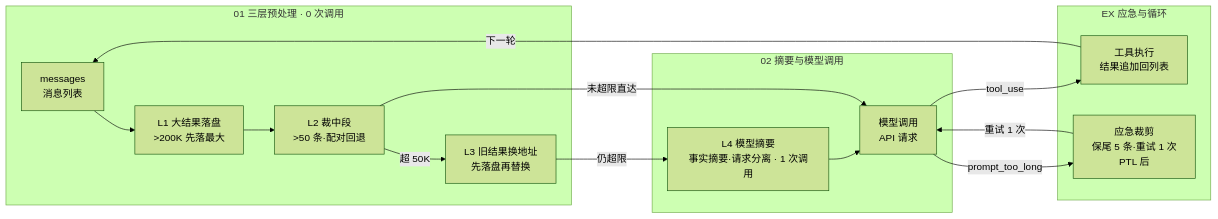
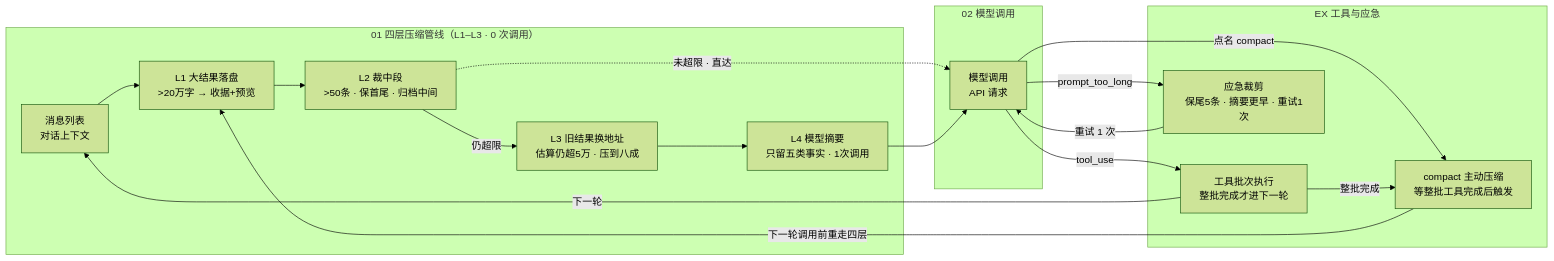
One commit to ThreeFish-AI/negentropy changed the diagram in docs/assets/mermaid/agent-harness/learn-claude-code-memory--compact-pipeline.mmd. Above: the diagram before and after it, drawn with Mermaid (forest theme). The commit also changed 7 other files, not shown here.

First line of the commit message:
docs(influence-memory): 评审修复文档层 9 项——173 双处死链改指 gl-notes+换钉注/176 与冻结快照 §9.3→§9.2·137 机器浮动注记·断言数 35/两图 mmd 回写 HTML 文案同构（recall-loop 三→五泳道·compact 节点补齐）/pipeline 13.15 与 [tts] 终声口径/storyboard 4-B 括注对齐镜切分;

```diff
--- a/docs/assets/mermaid/agent-harness/learn-claude-code-memory--compact-pipeline.mmd
+++ b/docs/assets/mermaid/agent-harness/learn-claude-code-memory--compact-pipeline.mmd
@@ -1,28 +1,33 @@
 %% source: docs/research/agent-harness/176-learn-claude-code-memory.md §3.1
 %% slug: learn-claude-code-memory--compact-pipeline
 %% type: workflow
 %% derived: docs/assets/architecture/agent-harness/learn-claude-code-memory--compact-pipeline.html
+%% 回写对齐: 泳道标题/节点/边标签与 HTML 交付物逐字对齐（2026-10-03 回写；compact 节点补齐，文案以 HTML 为准）
 flowchart LR
-    subgraph A["01 三层预处理 · 0 次调用"]
-        IN["messages<br/>消息列表"]
-        B["L1 大结果落盘<br/>>200K 先落最大"]
-        SNIP["L2 裁中段<br/>>50 条·配对回退"]
-        MF["L3 旧结果换地址<br/>先落盘再替换"]
+    subgraph A["01 四层压缩管线（L1–L3 · 0 次调用）"]
+        IN["消息列表<br/>对话上下文"]
+        B["L1 大结果落盘<br/>&gt;20万字 → 收据+预览"]
+        SNIP["L2 裁中段<br/>&gt;50条 · 保首尾 · 归档中间"]
+        MF["L3 旧结果换地址<br/>估算仍超5万 · 压到八成"]
+        CH["L4 模型摘要<br/>只留五类事实 · 1次调用"]
         IN --> B --> SNIP
-        SNIP -- "超 50K" --> MF
     end
-    subgraph C["02 摘要与模型调用"]
-        CH["L4 模型摘要<br/>事实摘要·请求分离 · 1 次调用"]
+    subgraph C["02 模型调用"]
         CALL["模型调用<br/>API 请求"]
-        CH --> CALL
     end
-    subgraph E["EX 应急与循环"]
-        TOOLS["工具执行<br/>结果追加回列表"]
-        RC["应急裁剪<br/>保尾 5 条·重试 1 次<br/>PTL 后"]
+    subgraph E["EX 工具与应急"]
+        TOOLS["工具批次执行<br/>整批完成才进下一轮"]
+        COMPACT["compact 主动压缩<br/>等整批工具完成后触发"]
+        RC["应急裁剪<br/>保尾5条 · 摘要更早 · 重试1次"]
     end
-    SNIP -- "未超限直达" --> CALL
-    MF -- "仍超限" --> CH
+    SNIP -- "仍超限" --> MF
+    SNIP -. "未超限 · 直达" .-> CALL
+    MF --> CH
+    CH --> CALL
     CALL -- "prompt_too_long" --> RC
     RC -- "重试 1 次" --> CALL
     CALL -- "tool_use" --> TOOLS
+    CALL -- "点名 compact" --> COMPACT
+    TOOLS -- "整批完成" --> COMPACT
+    COMPACT -- "下一轮调用前重走四层" --> B
     TOOLS -- "下一轮" --> IN
```
